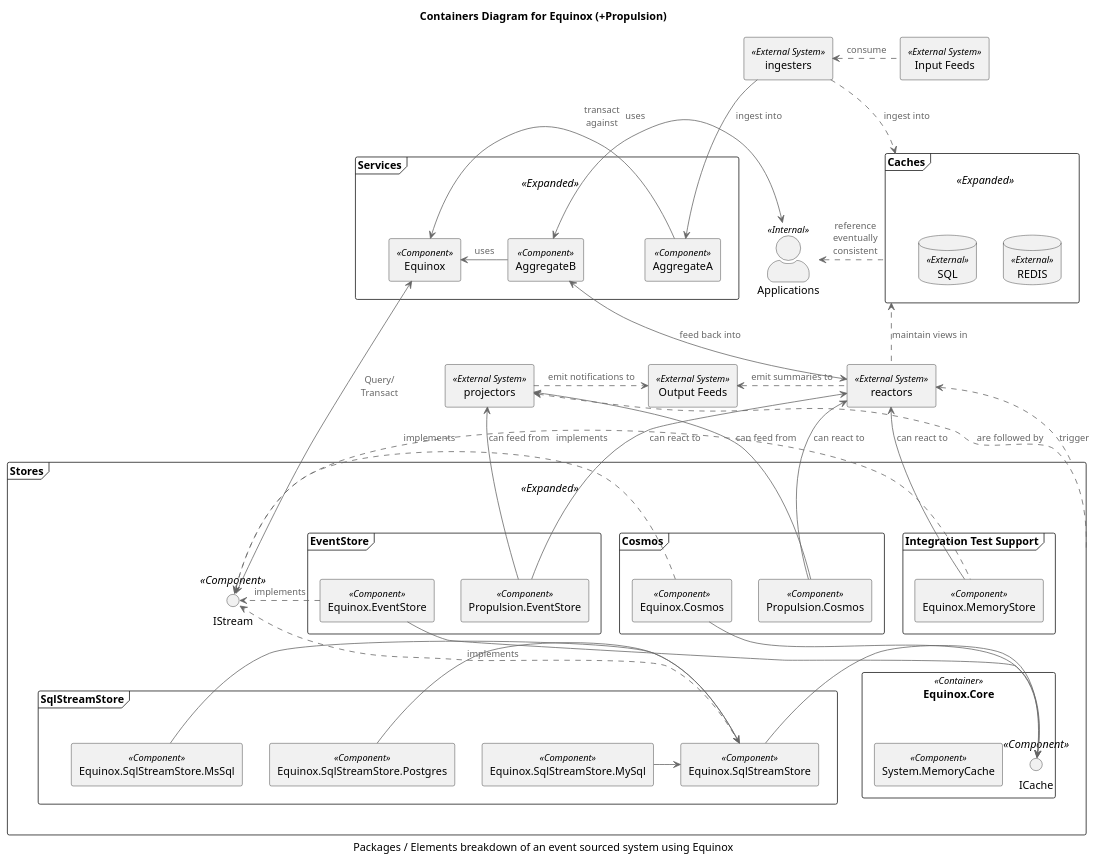
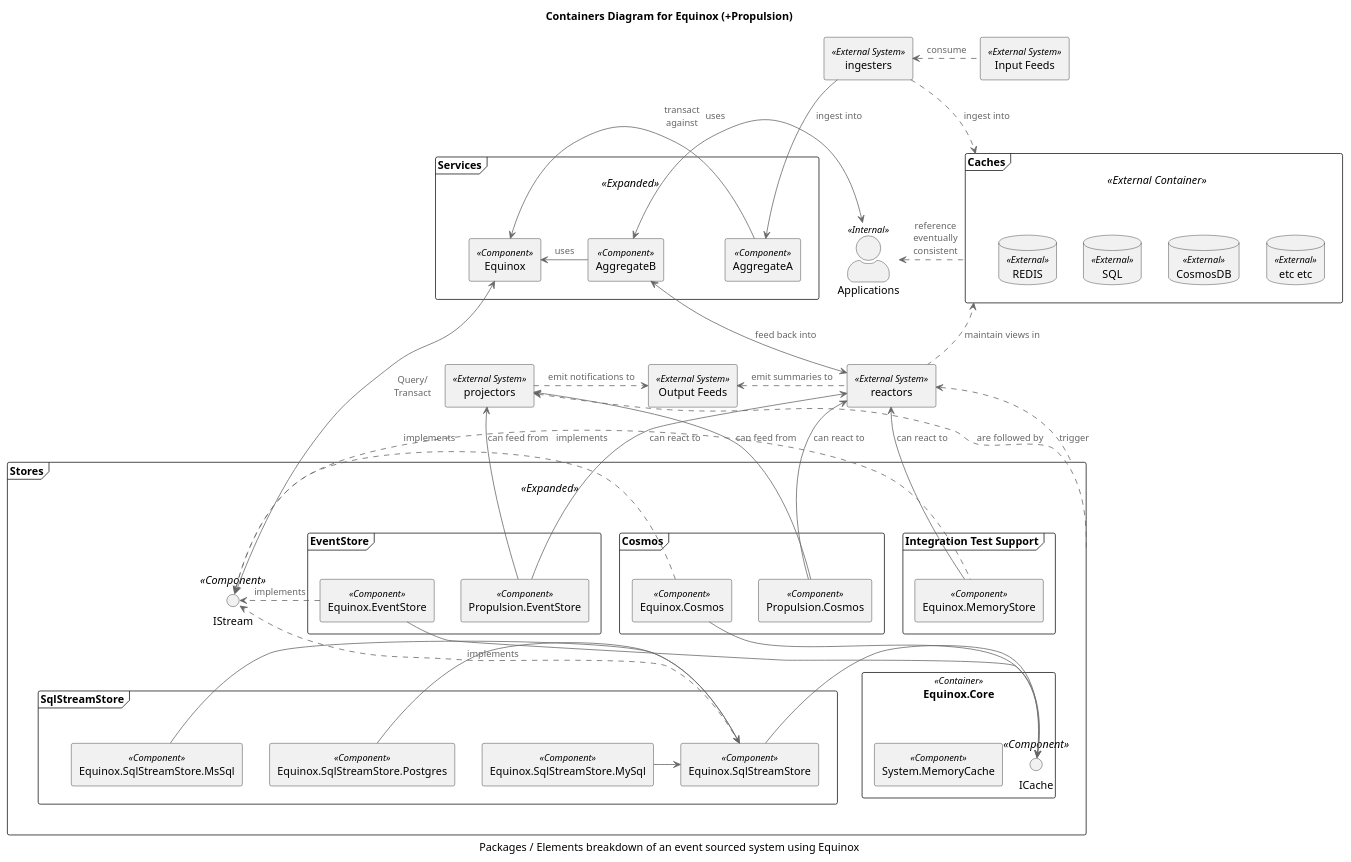
The diagram in diagrams/container.puml (jet/equinox), drawn with PlantUML before and after one commit. The commit also changed 1 other file, not shown here.

```diff
--- a/diagrams/container.puml
+++ b/diagrams/container.puml
@@ -1,93 +1,98 @@
 @startuml
 !includeurl https://raw.githubusercontent.com/skleanthous/C4-PlantumlSkin/master/build/output/c4.puml
 
 title Containers Diagram for Equinox (+Propulsion)
 caption Packages / Elements breakdown of an event sourced system using Equinox
 
 together {
-    frame "Caches" <<Expanded>> as caches {
-        database "REDIS" <<External>>
-        database "SQL"   <<External>>
+    frame "Caches" <<External Container>> as caches {
+        database "REDIS"    as red <<External>>
+        database "SQL"      as sql <<External>>
+        database "CosmosDB" as cdb <<External>>
+        database "etc etc"  as etc <<External>>
     }
     frame "Services" <<Expanded>> as services {
         rectangle "Equinox" <<Component>> as equinox
         rectangle "AggregateA" <<Component>>
         rectangle "AggregateB" <<Component>>
     }
     actor "Applications" as apps <<Internal>>
 }
 
 rectangle ingesters <<External System>> 
 rectangle "Input Feeds" as sources <<External System>> 
 rectangle projectors <<External System>> 
 rectangle "Output Feeds" as sinks <<External System>> 
 rectangle reactors <<External System>> 
 
 frame "Stores" as stores <<Expanded>> {
     frame "Cosmos" as cosmos {
         rectangle "Equinox.Cosmos" <<Component>> as cs
         rectangle "Propulsion.Cosmos" <<Component>> as cfp
     }
     frame "EventStore" {
         rectangle "Equinox.EventStore" <<Component>> as es
         rectangle "Propulsion.EventStore" <<Component>> as all
     }
     frame "Integration Test Support" {
         rectangle "Equinox.MemoryStore" <<Component>> as ms 
     }
     interface IStream <<Component>>
     rectangle "Equinox.Core" as core <<Container>> {
         rectangle "System.MemoryCache" <<Component>>
         interface ICache <<Component>>
     }
     frame "SqlStreamStore" as ssss {
         rectangle "Equinox.SqlStreamStore.MsSql" <<Component>> as ssm
         rectangle "Equinox.SqlStreamStore.MySql" <<Component>> as ssy
         rectangle "Equinox.SqlStreamStore.Postgres" <<Component>> as ssp
         rectangle "Equinox.SqlStreamStore" <<Component>> as sss
     }
 }
 
 AggregateB -R-> equinox    : uses
 equinox     <-> IStream    : Query/\nTransact
 AggregateA -L-> equinox    : uses
 
 ingesters  <.R. sources    : consume
 ingesters    -> AggregateA : ingest into
 ingesters  .D.> caches     : ingest into
 
 apps       <.   caches     : reference\neventually\nconsistent
 apps        <-> AggregateB : transact\nagainst
 
 stores     .U.> projectors : are followed by
 stores     .U.> reactors   : trigger
 
 projectors   .> sinks      : emit notifications to
 projectors <--  cfp        : can feed from
 projectors <--  all        : can feed from
 
 reactors  <-U-> AggregateB : feed back into
 reactors   .L.> sinks      : emit summaries to
 reactors   .U.> caches     : maintain views in
 reactors   <-   ms         : can react to
 reactors   <-   cfp        : can react to
 reactors   <-   all        : can react to
 
 ms         .L.> IStream    : implements
 es           -> ICache
 es           .> IStream    : implements
 cs          --> ICache
 cs           .> IStream    : implements
 sss          -> ICache
 sss          .> IStream    : implements
 
 ssm          -> sss
 ssy          -> sss
 ssp          -> sss
 
 ingesters  -[hidden]D-> apps
 projectors -[hidden]D-> es
 projectors -[hidden]U-> services
 IStream    -[hidden]D-> ssss
+red        -[hidden]R-> sql
+sql        -[hidden]R-> cdb
+cdb        -[hidden]R-> etc
 
 @enduml
```
